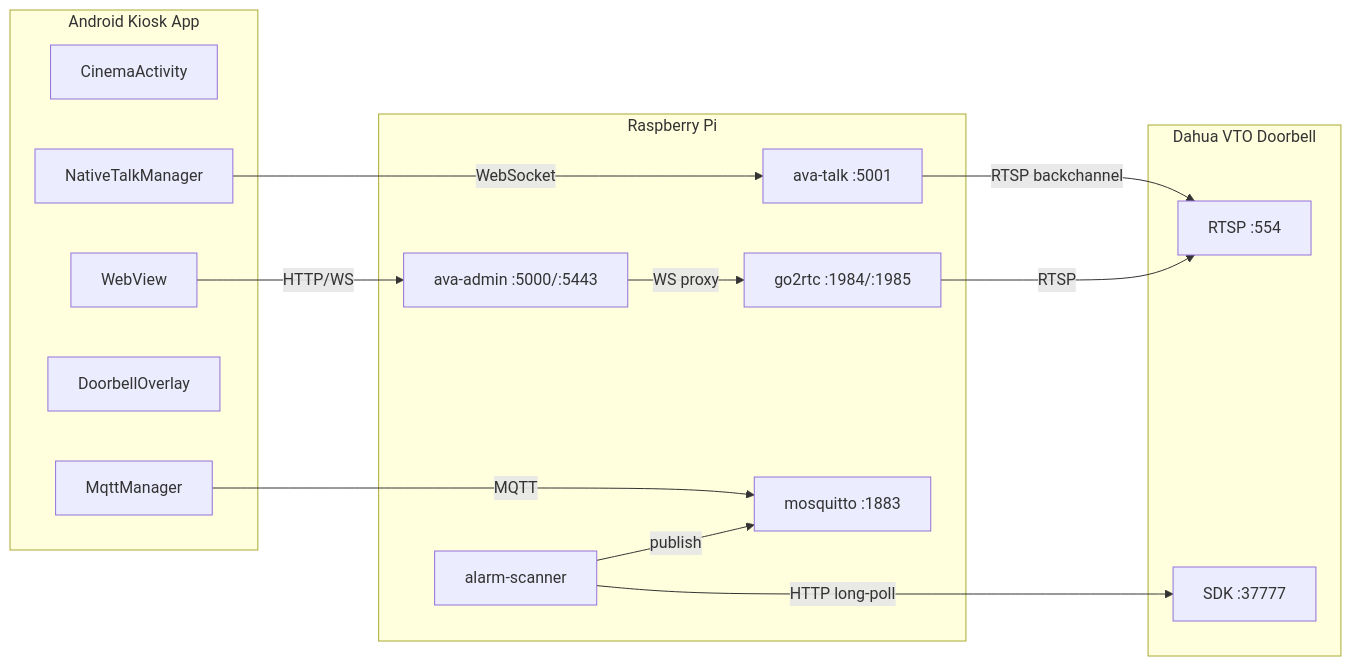
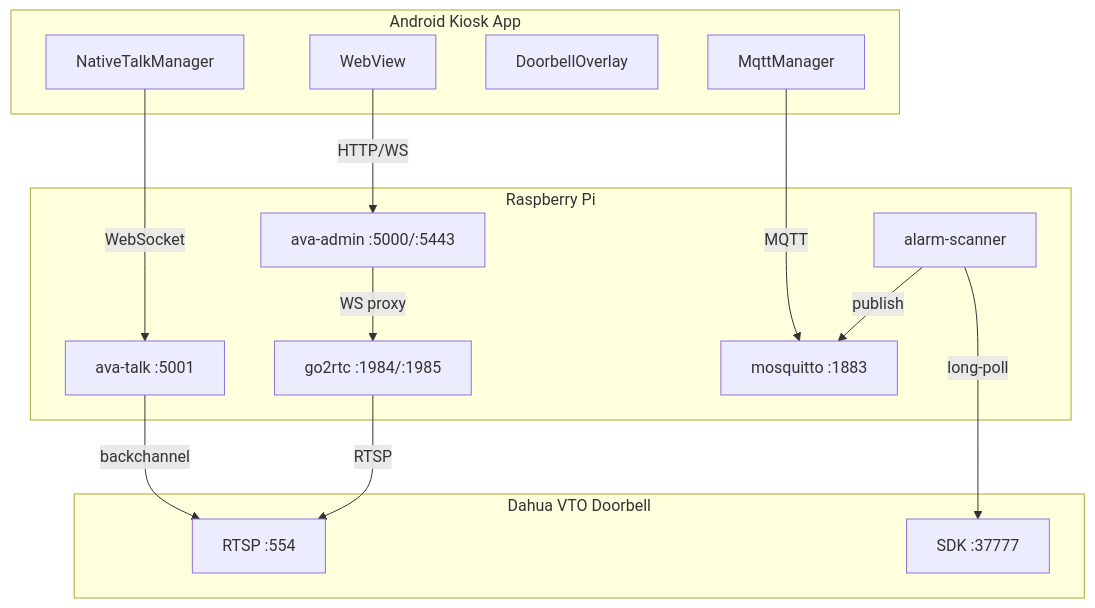
Before and after one commit to superfeldy/ava-doorbell: the first of 4 diagrams in README.md, drawn with Mermaid. The commit also changed other lines of this file, not shown here.

Commit message:
Switch Mermaid diagrams to top-down layout to avoid GitHub control overlap
GitHub's zoom/pan/copy controls in the top-right and bottom-right corners
were overlapping the rightmost elements in left-to-right diagrams. All four
Mermaid blocks now use graph TD (top-down) for clearer rendering.

````diff
--- a/README.md
+++ b/README.md
@@ -12,32 +12,31 @@
 ```mermaid
-graph LR
+graph TD
     subgraph Android["Android Kiosk App"]
-        CA[CinemaActivity]
         WV[WebView]
         NTM[NativeTalkManager]
         DO[DoorbellOverlay]
         MM[MqttManager]
     end
 
     subgraph Pi["Raspberry Pi"]
         Admin["ava-admin :5000/:5443"]
         Talk["ava-talk :5001"]
         Go2rtc["go2rtc :1984/:1985"]
         Alarm["alarm-scanner"]
         MQTT["mosquitto :1883"]
     end
 
     subgraph Doorbell["Dahua VTO Doorbell"]
         RTSP["RTSP :554"]
         SDK["SDK :37777"]
     end
 
     WV -- "HTTP/WS" --> Admin
     NTM -- "WebSocket" --> Talk
     MM -- "MQTT" --> MQTT
     Admin -- "WS proxy" --> Go2rtc
-    Talk -- "RTSP backchannel" --> RTSP
-    Alarm -- "HTTP long-poll" --> SDK
+    Talk -- "backchannel" --> RTSP
+    Alarm -- "long-poll" --> SDK
     Alarm -- "publish" --> MQTT
     Go2rtc -- "RTSP" --> RTSP
 ```
````
